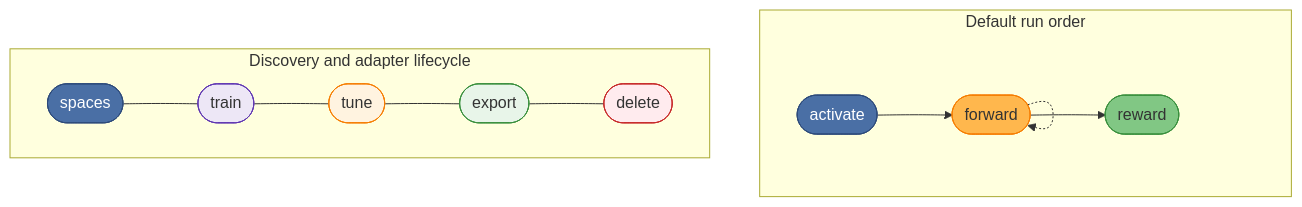
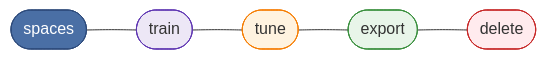
Before and after one commit to debian777/kairos-mcp: the second of 2 diagrams in README.md, drawn with Mermaid. The commit also changed other lines of this file, not shown here.

Commit message:
docs(readme): split MCP tool Mermaid into two diagrams
- Run order: activate / forward / reward
- Lifecycle: spaces / train / tune / export / delete

````diff
--- a/README.md
+++ b/README.md
@@ -31,21 +45,9 @@
 ```mermaid
-flowchart TB
-  subgraph run["Default run order"]
-    direction LR
-    A([activate]) --> B([forward])
-    B -.-> B
-    B --> D([reward])
-  end
-  subgraph more["Discovery and adapter lifecycle"]
-    direction LR
-    S([spaces]) --- TR([train]) --- TU([tune]) --- EX([export]) --- DL([delete])
-  end
-  style A fill:#4a6fa5,stroke:#2d4a7a,color:#fff
-  style B fill:#ffb74d,stroke:#f57c00,color:#333
-  style D fill:#81c784,stroke:#388e3c,color:#333
+flowchart LR
+  S([spaces]) --- TR([train]) --- TU([tune]) --- EX([export]) --- DL([delete])
   style S fill:#4a6fa5,stroke:#2d4a7a,color:#fff
   style TR fill:#ede7f6,stroke:#5e35b1,color:#333
   style TU fill:#fff3e0,stroke:#f57c00,color:#333
   style EX fill:#e8f5e9,stroke:#388e3c,color:#333
   style DL fill:#ffebee,stroke:#c62828,color:#333
 ```
````
